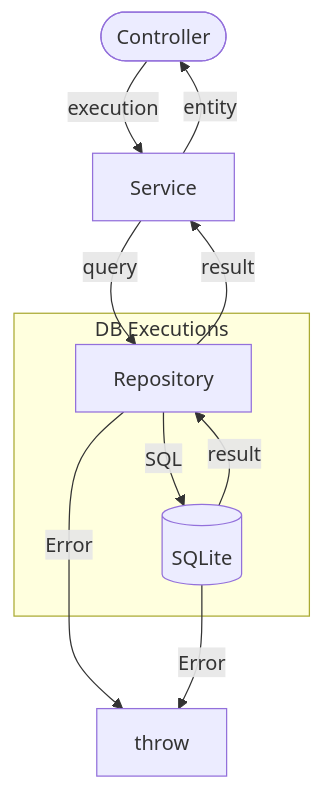
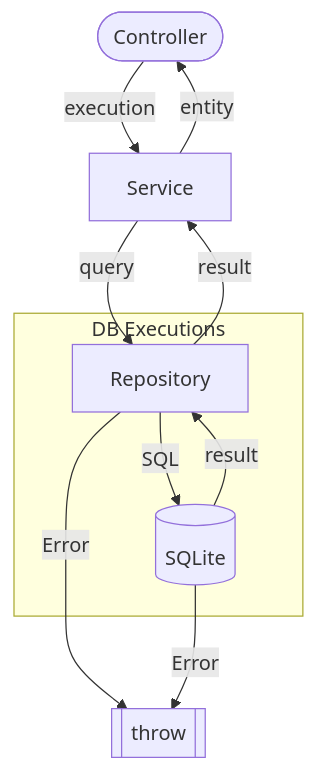
Before and after one commit to fujitashuichi/shared-driven-layered-ddd: the second of 3 diagrams in docs/BE_Security.md, drawn with Mermaid. The commit also changed other lines of this file and 39 other files, not shown here.

````diff
--- a/docs/BE_Security.md
+++ b/docs/BE_Security.md
@@ -64,15 +64,15 @@
 ```mermaid
 graph TD
 Controller([Controller])
 subgraph Exec[DB Executions]
   Repository --SQL--> DB[(SQLite)]
   DB --result--> Repository
 end
 Controller --execution--> Service
 Service --query--> Repository
 Repository --result--> Service
 Service --entity--> Controller
 
-Repository -->|Error| throw
-DB -->|Error| throw
+Repository -->|Error| Error[[throw]]
+DB -->|Error| Error
 ```
````
